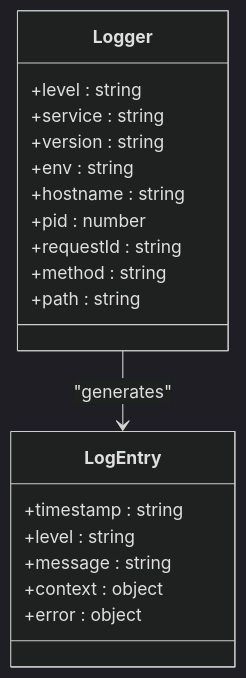
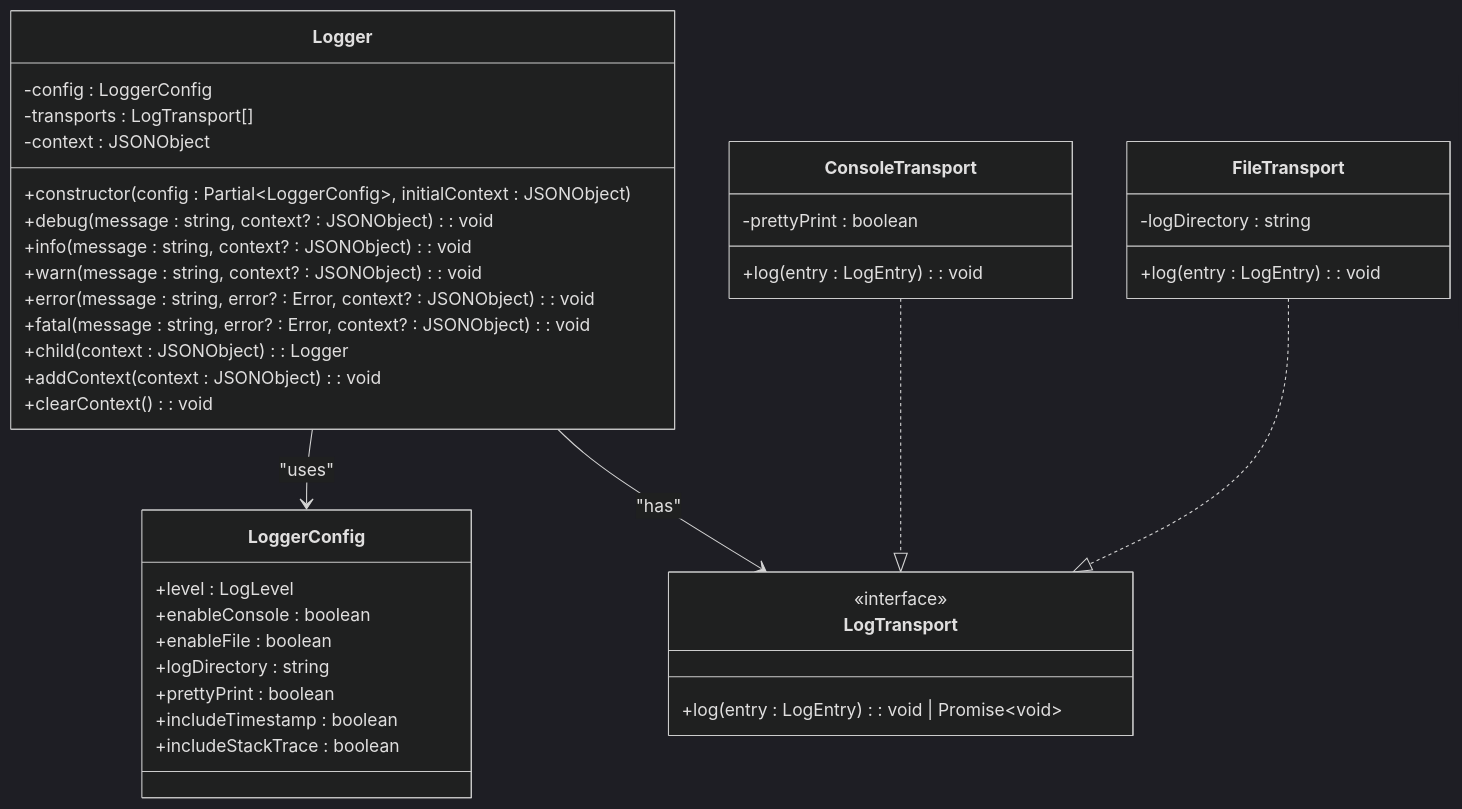
Before and after one commit to GurthBro0ks/slimy-monorepo: the first of 9 diagrams in .qoder/repowiki/en/content/Monitoring and Observability/Logging Strategy.md, drawn with Mermaid (dark theme). The commit also changed other lines of this file and 87 other files, not shown here.

````diff
--- a/.qoder/repowiki/en/content/Monitoring and Observability/Logging Strategy.md
+++ b/.qoder/repowiki/en/content/Monitoring and Observability/Logging Strategy.md
@@ -40,22 +37,42 @@
 ```mermaid
 classDiagram
 class Logger {
-+level : string
-+service : string
-+version : string
-+env : string
-+hostname : string
-+pid : number
-+requestId : string
-+method : string
-+path : string
+-config : LoggerConfig
+-transports : LogTransport[]
+-context : JSONObject
++constructor(config : Partial~LoggerConfig~, initialContext : JSONObject)
++debug(message : string, context? : JSONObject) : void
++info(message : string, context? : JSONObject) : void
++warn(message : string, context? : JSONObject) : void
++error(message : string, error? : Error, context? : JSONObject) : void
++fatal(message : string, error? : Error, context? : JSONObject) : void
++child(context : JSONObject) : Logger
++addContext(context : JSONObject) : void
++clearContext() : void
 }
-class LogEntry {
-+timestamp : string
-+level : string
-+message : string
-+context : object
-+error : object
+class LoggerConfig {
++level : LogLevel
++enableConsole : boolean
++enableFile : boolean
++logDirectory : string
++prettyPrint : boolean
++includeTimestamp : boolean
++includeStackTrace : boolean
 }
-Logger --> LogEntry : "generates"
+class LogTransport {
+<<interface>>
++log(entry : LogEntry) : void | Promise~void~
+}
+class ConsoleTransport {
+-prettyPrint : boolean
++log(entry : LogEntry) : void
+}
+class FileTransport {
+-logDirectory : string
++log(entry : LogEntry) : void
+}
+Logger --> LoggerConfig : "uses"
+Logger --> LogTransport : "has"
+ConsoleTransport ..|> LogTransport
+FileTransport ..|> LogTransport
 ```
````
